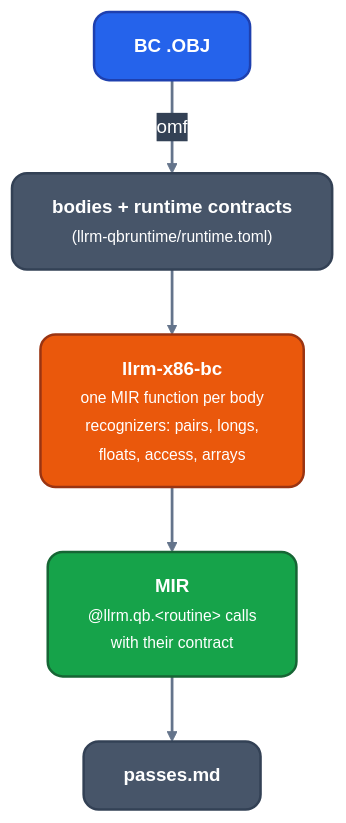
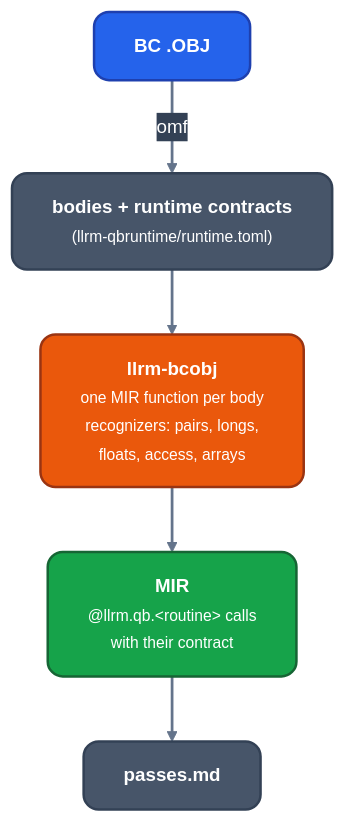
The diagram in docs/optimizations/raise-arguments.md (ali-mosavian/llrm), drawn with Mermaid before and after one commit. The commit also changed other lines of this file and 75 other files, not shown here.

````diff
--- a/docs/optimizations/raise-arguments.md
+++ b/docs/optimizations/raise-arguments.md
@@ -7,18 +7,18 @@
 ```mermaid
 %%{init: {'theme':'base','themeVariables':{'fontFamily':'Segoe UI, Helvetica Neue, Arial, DejaVu Sans, sans-serif','fontSize':'15px','primaryColor':'#475569','primaryTextColor':'#ffffff','primaryBorderColor':'#334155','lineColor':'#64748b','secondaryColor':'#475569','tertiaryColor':'transparent','clusterBkg':'transparent','clusterBorder':'#64748b','edgeLabelBackground':'#334155','textColor':'#64748b','titleColor':'#64748b'},'flowchart':{'curve':'basis','nodeSpacing':38,'rankSpacing':52,'padding':16,'wrappingWidth':360,'htmlLabels':true,'useMaxWidth':true}}}%%
 flowchart TB
   classDef src fill:#2563eb,stroke:#1e40af,stroke-width:2px,color:#ffffff,rx:12px,ry:12px
   classDef mid fill:#475569,stroke:#334155,stroke-width:2px,color:#ffffff,rx:12px,ry:12px
   classDef opt fill:#ea580c,stroke:#9a3412,stroke-width:2px,color:#ffffff,rx:12px,ry:12px
   classDef out fill:#16a34a,stroke:#166534,stroke-width:2px,color:#ffffff,rx:12px,ry:12px
   linkStyle default stroke:#64748b,stroke-width:2.2px
   obj["<b>BC .OBJ</b>"]:::src
   bod["<b>bodies + runtime contracts</b><br/><small>(llrm-qbruntime/runtime.toml)</small>"]:::mid
-  raise["<b>llrm-x86-bc</b><br/><small>one MIR function per body<br/>recognizers: pairs, longs,<br/>floats, access, arrays</small>"]:::opt
+  raise["<b>llrm-bcobj</b><br/><small>one MIR function per body<br/>recognizers: pairs, longs,<br/>floats, access, arrays</small>"]:::opt
   mir["<b>MIR</b><br/><small>@llrm.qb.#lt;routine#gt; calls<br/>with their contract</small>"]:::out
   pas["<b>passes.md</b>"]:::mid
   obj -->|"omf"| bod
   bod --> raise
   raise --> mir
   mir --> pas
 ```
````
